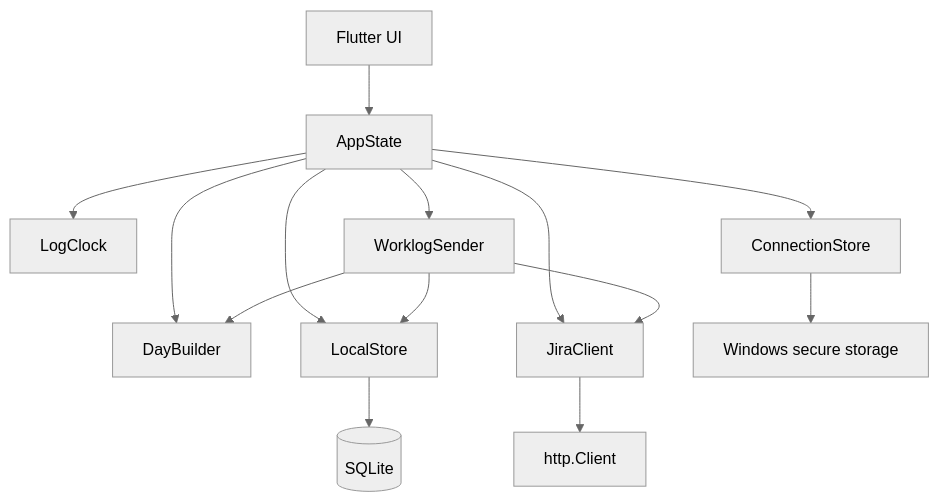
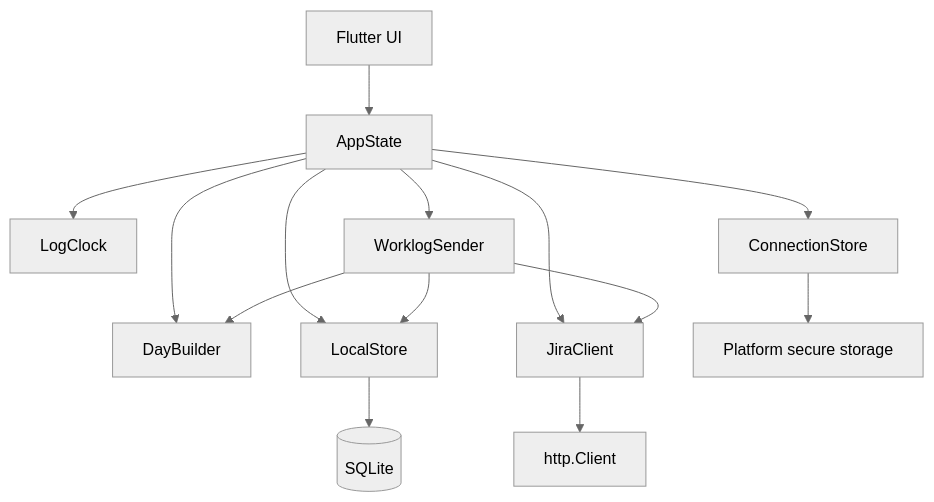
Before and after one commit to slonikmak/jira-time-tracker: the diagram in ARCHITECTURE.md, drawn with Mermaid (neutral theme). The commit also changed other lines of this file and 42 other files, not shown here.

````diff
--- a/ARCHITECTURE.md
+++ b/ARCHITECTURE.md
@@ -23,16 +23,16 @@
 ```mermaid
 flowchart TD
     UI[Flutter UI] --> State[AppState]
     State --> Clock[LogClock]
     State --> Builder[DayBuilder]
     State --> Store[LocalStore]
     State --> Jira[JiraClient]
     State --> Connection[ConnectionStore]
     State --> Sender[WorklogSender]
     Sender --> Builder
     Sender --> Store
     Sender --> Jira
     Store --> DB[(SQLite)]
-    Connection --> Secure[Windows secure storage]
+    Connection --> Secure[Platform secure storage]
     Jira --> HTTP[http.Client]
 ```
````
